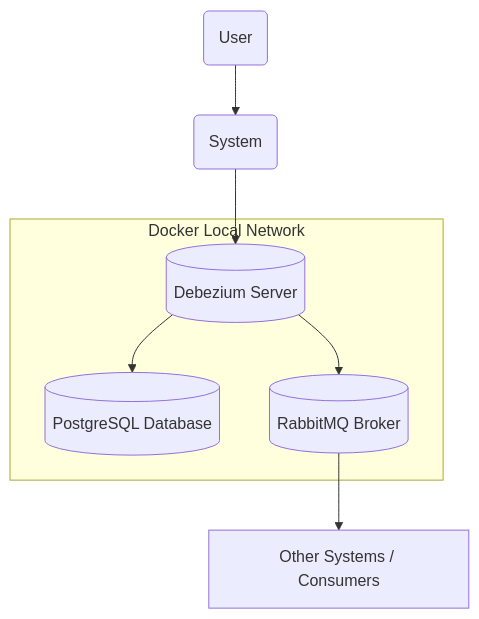
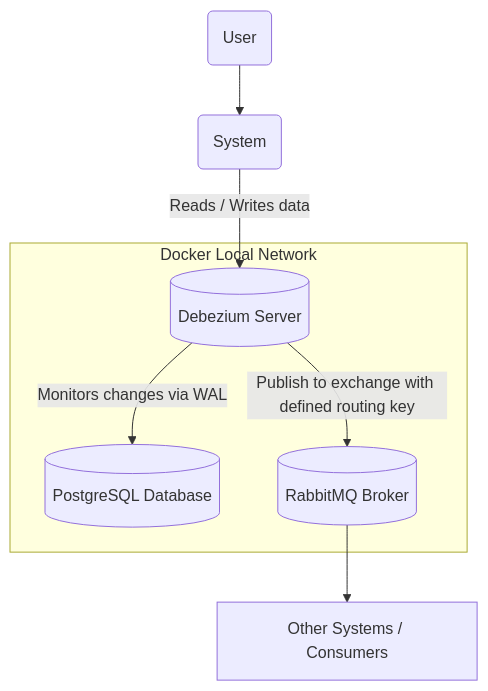
Before and after one commit to marceloserpa/marcelo_serpa_sandbox: the diagram in debezium-cdc-rabbit/README.md, drawn with Mermaid.

Commit message:
debezium: CDC RabbitMQ: doc

````diff
--- a/debezium-cdc-rabbit/README.md
+++ b/debezium-cdc-rabbit/README.md
@@ -20,20 +20,20 @@
 ```mermaid
 flowchart TD
     %% C4 Container Diagram
 
     person(User)
     system(System)
 
     person --> system
 
     subgraph docker-network[Docker Local Network]
         db[(PostgreSQL Database)]
         broker[(RabbitMQ Broker)]
         debezium[(Debezium Server)]
     end
 
-    system --> debezium
-    debezium --> db
-    debezium --> broker
+    system -->|Reads / Writes data| debezium
+    debezium -->|Monitors changes via WAL| db
+    debezium -->|Publish to exchange with defined routing key| broker
     broker --> consumer[Other Systems / Consumers]
 ```
````
